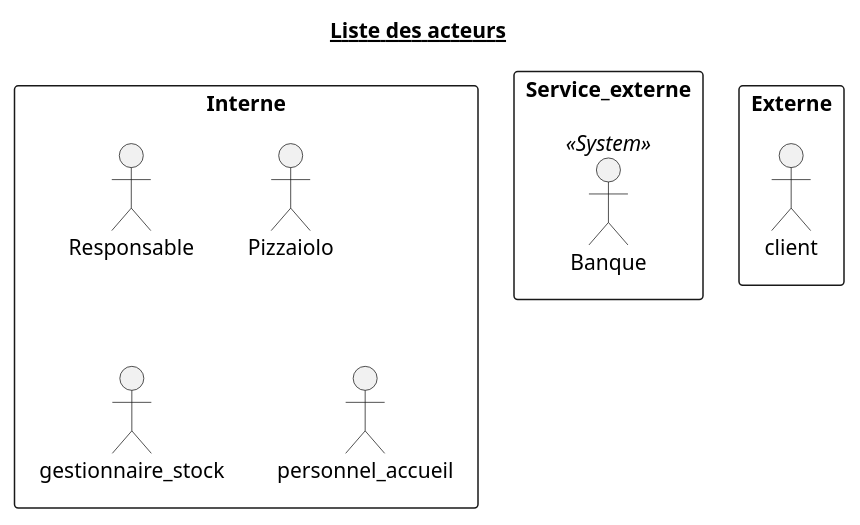
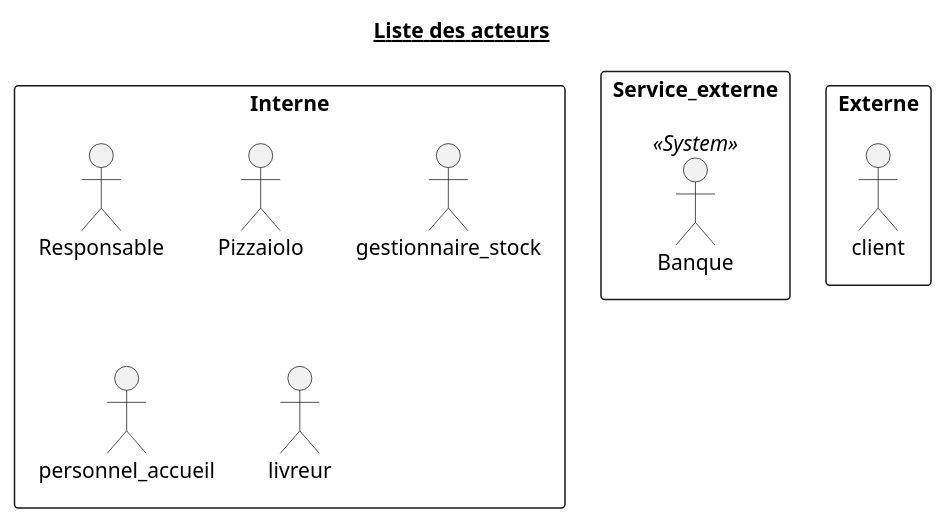
One commit to Zepmanbc/oc_dapython_pr4 changed the diagram in doc/uml/0_ListActors.puml. Above: the diagram before and after it, drawn with PlantUML. The commit also changed 9 other files, not shown here.

```diff
--- a/doc/uml/0_ListActors.puml
+++ b/doc/uml/0_ListActors.puml
@@ -1,19 +1,20 @@
 @startuml 0_ListActors
 title <u>Liste des acteurs</u>
 
 rectangle Interne {
     actor Responsable as RESP
     actor Pizzaiolo as PIZLO
     actor gestionnaire_stock as GEST
     actor personnel_accueil as ACCUEIL
+    actor livreur as DELIVER
 }
 
 rectangle Service_externe {
     actor Banque <<System>> as BANK
 }
 
 rectangle Externe {
     actor client as CUSTOMER
 }
 
 @enduml
```
